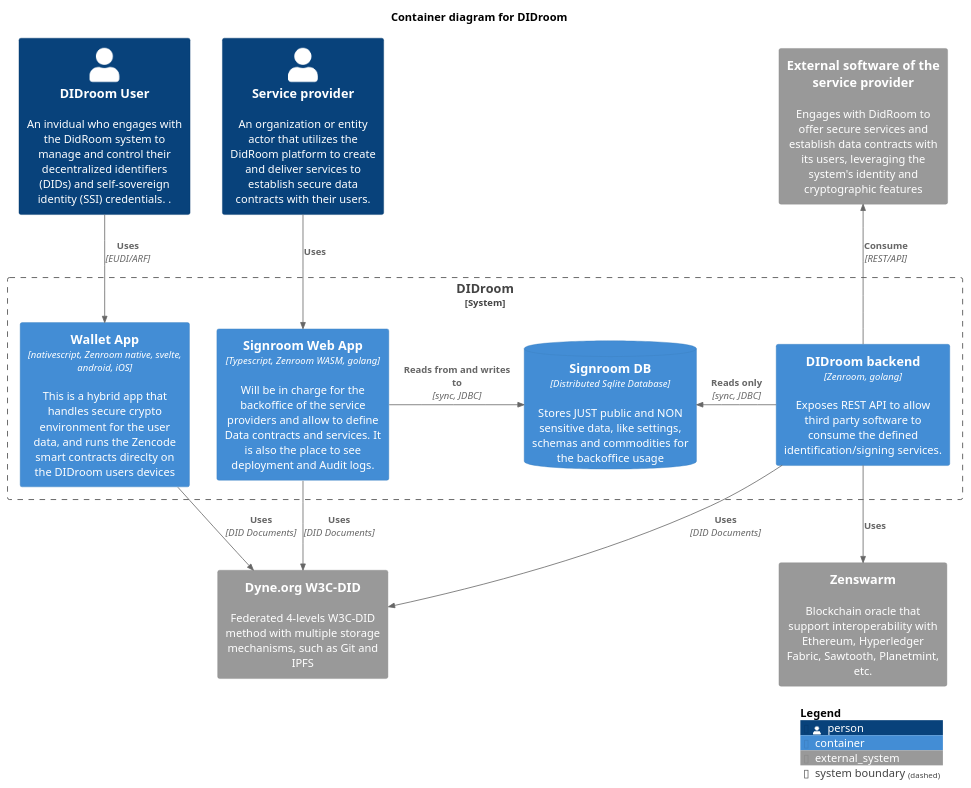
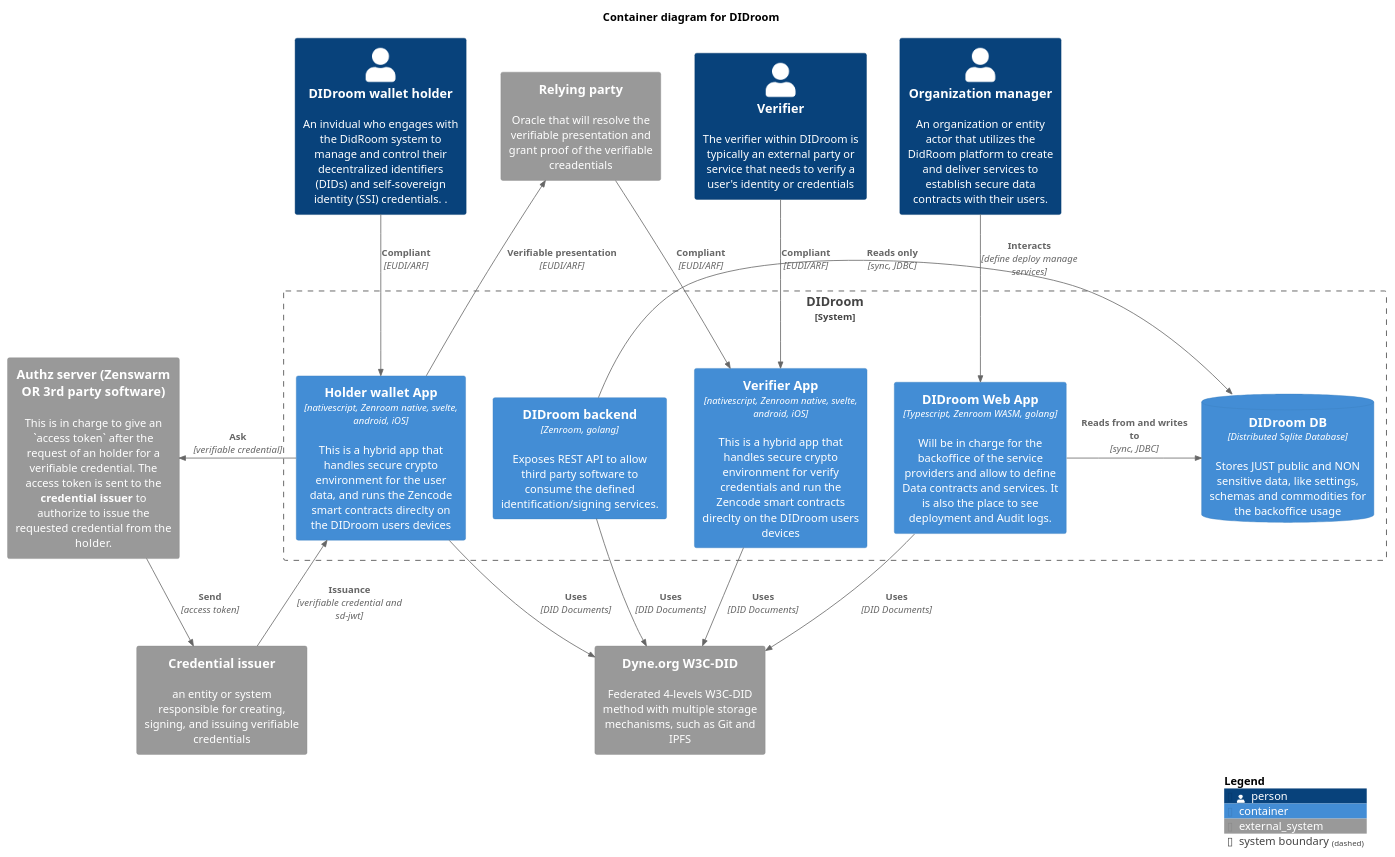
The diagram in diagrams/02_container.puml (ForkbombEu/DIDroom), drawn with PlantUML before and after one commit. The commit also changed 3 other files, not shown here.

Commit message:
Update the container diagram with correct proccess and components

```diff
--- a/diagrams/02_container.puml
+++ b/diagrams/02_container.puml
@@ -1,34 +1,44 @@
 @startuml
 !include C4_Container.puml
 
 title Container diagram for DIDroom
 
-Person(user, "DIDroom User", "An invidual who engages with the DidRoom system to manage and control their decentralized identifiers (DIDs) and self-sovereign identity (SSI) credentials. .")
-Person(service_provider, "Service provider", "An organization or entity actor that utilizes the DidRoom platform to create and deliver services to establish secure data contracts with their users.")
+Person(org, "Organization manager", "An organization or entity actor that utilizes the DidRoom platform to create and deliver services to establish secure data contracts with their users.")
+Person(user, "DIDroom wallet holder", "An invidual who engages with the DidRoom system to manage and control their decentralized identifiers (DIDs) and self-sovereign identity (SSI) credentials. .")
+Person(verifier, "Verifier", "The verifier within DIDroom is typically an external party or service that needs to verify a user's identity or credentials")
+System_Ext(issuer, "Credential issuer", "an entity or system responsible for creating, signing, and issuing verifiable credentials")
 
-System_Boundary(didroom, "DIDroom") {
-  Container(signroom, "Signroom Web App", "Typescript, Zenroom WASM, golang", "Will be in charge for the backoffice of the service providers and allow to define Data contracts and services. It is also the place to see deployment and Audit logs.")
-  ContainerDb(db, "Signroom DB", "Distributed Sqlite Database", "Stores JUST public and NON sensitive data, like settings, schemas and commodities for the backoffice usage")
+System_Boundary(didroom_solution, "DIDroom") {
+  Container(wallet, "Holder wallet App", "nativescript, Zenroom native, svelte, android, iOS", "This is a hybrid app that handles secure crypto environment for the user data, and runs the Zencode smart contracts direclty on the DIDroom users devices")
+  Container(didroom, "DIDroom Web App", "Typescript, Zenroom WASM, golang", "Will be in charge for the backoffice of the service providers and allow to define Data contracts and services. It is also the place to see deployment and Audit logs.")
   Container(didroom_backend, "DIDroom backend", "Zenroom, golang", "Exposes REST API to allow third party software to consume the defined identification/signing services.")
-  Container(wallet, "Wallet App", "nativescript, Zenroom native, svelte, android, iOS", "This is a hybrid app that handles secure crypto environment for the user data, and runs the Zencode smart contracts direclty on the DIDroom users devices")
+  ContainerDb(db, "DIDroom DB", "Distributed Sqlite Database", "Stores JUST public and NON sensitive data, like settings, schemas and commodities for the backoffice usage")
+  Container(verifier_app, "Verifier App", "nativescript, Zenroom native, svelte, android, iOS", "This is a hybrid app that handles secure crypto environment for verify credentials and run the Zencode smart contracts direclty on the DIDroom users devices")
 }
 
 
 System_Ext(did, "Dyne.org W3C-DID", "Federated 4-levels W3C-DID method with multiple storage mechanisms, such as Git and IPFS")
-System_Ext(zenswarm, "Zenswarm", "Blockchain oracle that support interoperability with Ethereum, Hyperledger Fabric, Sawtooth, Planetmint, etc.")
-System_Ext(service, "External software of the service provider", "Engages with DidRoom to offer secure services and establish data contracts with its users, leveraging the system's identity and cryptographic features")
+System_Ext(relying_party, "Relying party", "Oracle that will resolve the verifiable presentation and grant proof of the verifiable creadentials")
+System_Ext(auth_server, "Authz server (Zenswarm OR 3rd party software)", "This is in charge to give an `access token` after the request of an holder for a verifiable credential. The access token is sent to the **credential issuer** to authorize to issue the requested credential from the holder.")
 
-Rel(user, wallet, "Uses", "EUDI/ARF")
-Rel(service_provider, signroom, "Uses")
-Rel_Back(service, didroom_backend, "Consume", "REST/API")
+Rel_R(didroom, db, "Reads from and writes to", "sync, JDBC")
+Rel_R(didroom_backend, db, "Reads only", "sync, JDBC")
+Rel(user, wallet, "Compliant", "EUDI/ARF")
+Rel(verifier, verifier_app, "Compliant", "EUDI/ARF")
+Rel(relying_party, verifier_app, "Compliant", "EUDI/ARF")
+Rel_Neighbor(wallet, relying_party, "Verifiable presentation", "EUDI/ARF")
+Rel(auth_server, issuer , "Send", "access token")
+Rel_R(wallet, auth_server, "Ask", "verifiable credential")
+Rel(issuer, wallet, "Issuance", "verifiable credential and sd-jwt")
 
-Rel_Neighbor(signroom, db, "Reads from and writes to", "sync, JDBC")
-Rel_Back_Neighbor(db, didroom_backend, "Reads only", "sync, JDBC")
 
-Rel(signroom, did, "Uses", "DID Documents")
+Rel(org, didroom, "Interacts", "define deploy manage services")
+Rel(didroom, did, "Uses", "DID Documents")
+Rel(verifier_app, did, "Uses", "DID Documents")
 Rel(didroom_backend, did, "Uses", "DID Documents")
 Rel(wallet, did, "Uses", "DID Documents")
-Rel(didroom_backend, zenswarm, "Uses")
+
+Lay_L(didroom_backend, db)
 
 SHOW_LEGEND()
 @enduml
```
